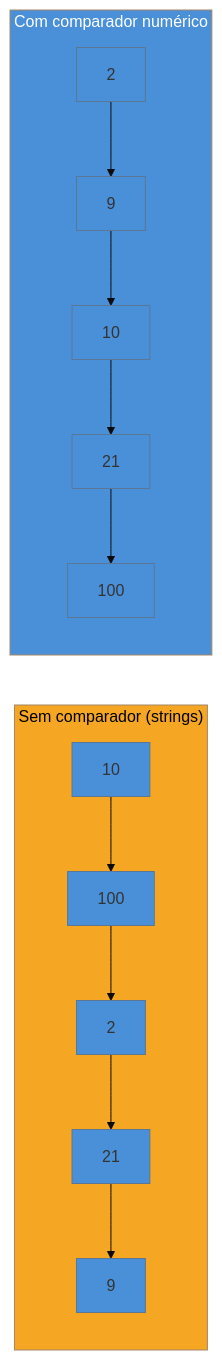
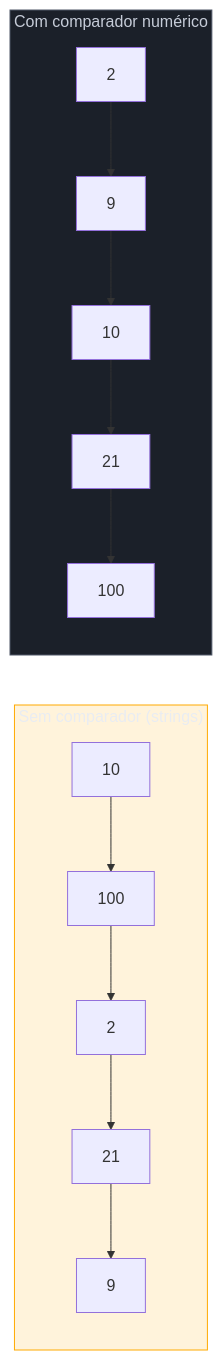
Before and after one commit to josenaldo/codex-technomanticus: the second of 5 diagrams in 03-Dominios/Tecnologia/JavaScript/25 - Armadilhas e quirks.md, drawn with Mermaid. The commit also changed other lines of this file and 1181 other files, not shown here.

First line of the commit message:
fix(diagramas): paleta do sistema no lugar de cor cravada no markdown

````diff
--- a/03-Dominios/Tecnologia/JavaScript/25 - Armadilhas e quirks.md
+++ b/03-Dominios/Tecnologia/JavaScript/25 - Armadilhas e quirks.md
@@ -179,14 +180,15 @@
 ```mermaid
-%%{init: {"theme": "base", "themeVariables": {"primaryColor": "#4A90D9"}}}%%
 graph LR
+    classDef destaque fill:#FFAA0024,stroke:#FFAA00,color:#E9ECF2
+    classDef neutro fill:#1B2029,stroke:#4E5666,color:#C6CCD8
     subgraph Lexicográfico["Sem comparador (strings)"]
         direction TB
         L1["10"] --> L2["100"] --> L3["2"] --> L4["21"] --> L5["9"]
     end
     subgraph Numérico["Com comparador numérico"]
         direction TB
         N1["2"] --> N2["9"] --> N3["10"] --> N4["21"] --> N5["100"]
     end
-    style Lexicográfico fill:#F5A623,color:#000
-    style Numérico fill:#4A90D9,color:#fff
+    class Lexicográfico destaque
+    class Numérico neutro
 ```
````
